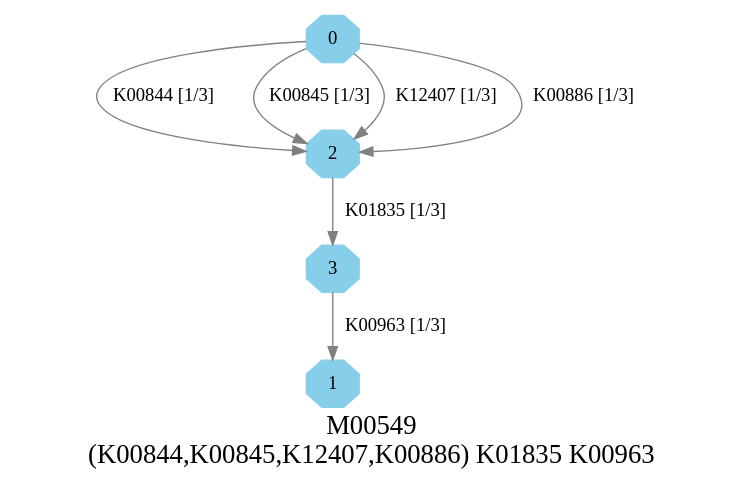
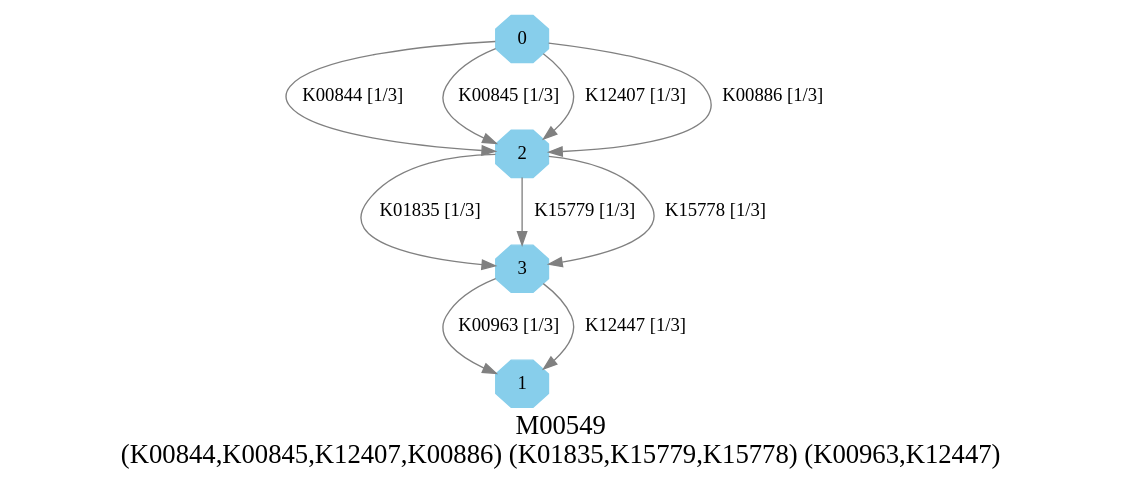
The diagram in graphs/dots/M00549.dot (EBI-Metagenomics/kegg-pathways-completeness-tool), drawn with Graphviz before and after one commit. The commit also changed 124 other files, not shown here.

```diff
--- a/graphs/dots/M00549.dot
+++ b/graphs/dots/M00549.dot
@@ -1,13 +1,16 @@
 digraph G {
 graph [label="M00549
-(K00844,K00845,K12407,K00886) K01835 K00963",fontsize=20];
+(K00844,K00845,K12407,K00886) (K01835,K15779,K15778) (K00963,K12447)",fontsize=20];
 node [shape=box,style=filled];
 edge [len=3,color=grey];
 {node [width=.3,height=.3,shape=octagon,style=filled,color=skyblue] 0 1 2 3 }
 0 -> 2 [label="K00844 [1/3]"];
 0 -> 2 [label="K00845 [1/3]"];
 0 -> 2 [label="K12407 [1/3]"];
 0 -> 2 [label="K00886 [1/3]"];
 2 -> 3 [label="K01835 [1/3]"];
+2 -> 3 [label="K15779 [1/3]"];
+2 -> 3 [label="K15778 [1/3]"];
 3 -> 1 [label="K00963 [1/3]"];
+3 -> 1 [label="K12447 [1/3]"];
 }
```
